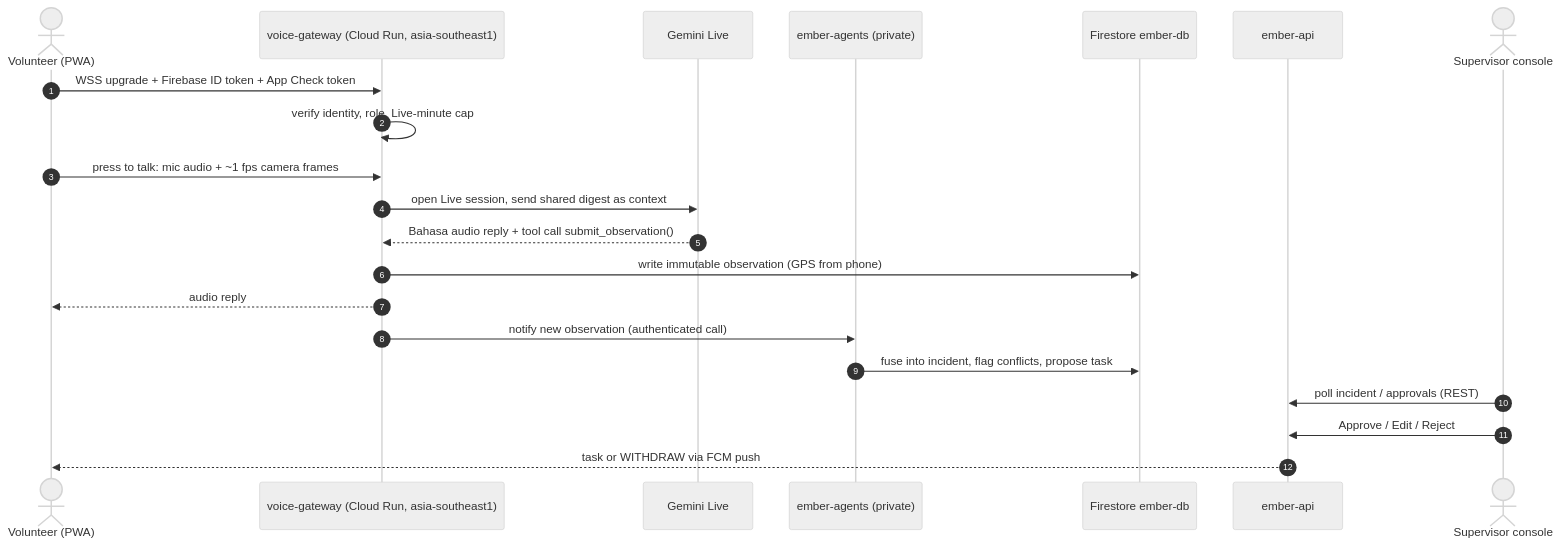
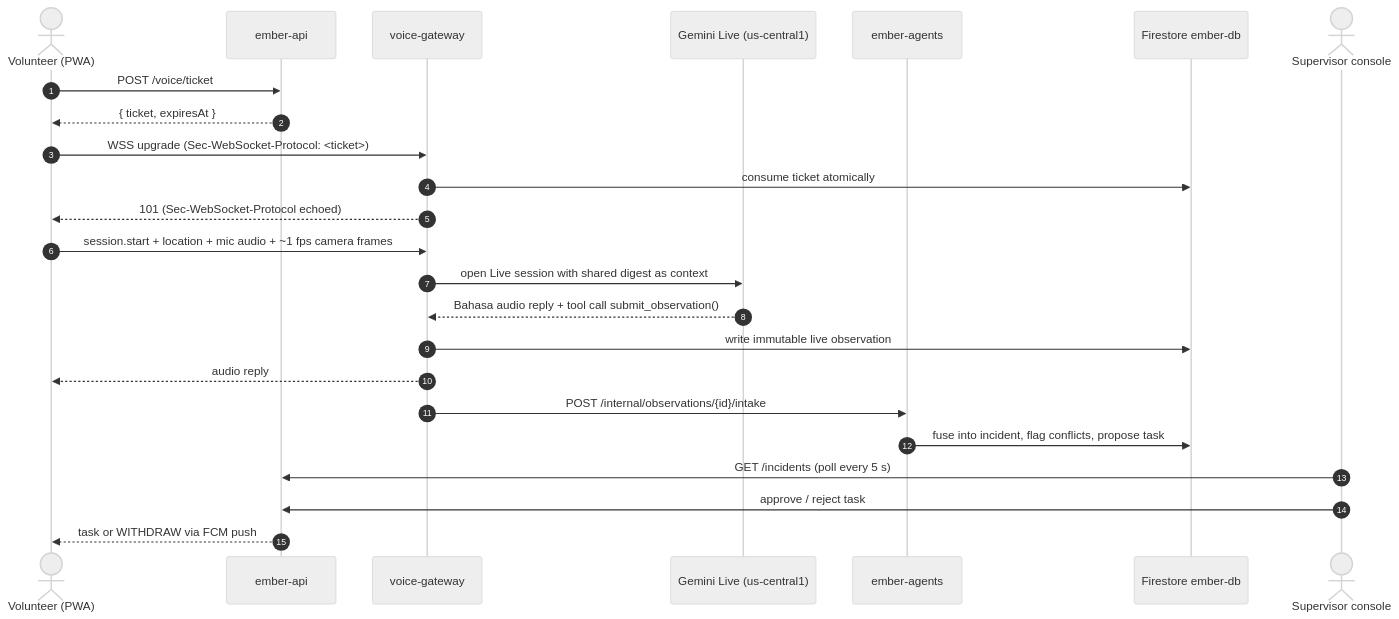
The second of 2 diagrams in README.md (suhail39ahmed/ember-fire-commander), drawn with Mermaid (neutral theme) before and after one commit. The commit also changed other lines of this file and 9 other files, not shown here.

````diff
--- a/README.md
+++ b/README.md
@@ -74,24 +169,27 @@
 ```mermaid
 sequenceDiagram
     autonumber
     actor V as Volunteer (PWA)
-    participant GW as voice-gateway (Cloud Run, asia-southeast1)
-    participant L as Gemini Live
-    participant AG as ember-agents (private)
+    participant API as ember-api
+    participant GW as voice-gateway
+    participant L as Gemini Live (us-central1)
+    participant AG as ember-agents
     participant DB as Firestore ember-db
-    participant API as ember-api
     actor S as Supervisor console
 
-    V->>GW: WSS upgrade + Firebase ID token + App Check token
-    GW->>GW: verify identity, role, Live-minute cap
-    V->>GW: press to talk: mic audio + ~1 fps camera frames
-    GW->>L: open Live session, send shared digest as context
+    V->>API: POST /voice/ticket
+    API-->>V: { ticket, expiresAt }
+    V->>GW: WSS upgrade (Sec-WebSocket-Protocol: <ticket>)
+    GW->>DB: consume ticket atomically
+    GW-->>V: 101 (Sec-WebSocket-Protocol echoed)
+    V->>GW: session.start + location + mic audio + ~1 fps camera frames
+    GW->>L: open Live session with shared digest as context
     L-->>GW: Bahasa audio reply + tool call submit_observation()
-    GW->>DB: write immutable observation (GPS from phone)
+    GW->>DB: write immutable live observation
     GW-->>V: audio reply
-    GW->>AG: notify new observation (authenticated call)
+    GW->>AG: POST /internal/observations/{id}/intake
     AG->>DB: fuse into incident, flag conflicts, propose task
-    S->>API: poll incident / approvals (REST)
-    S->>API: Approve / Edit / Reject
+    S->>API: GET /incidents (poll every 5 s)
+    S->>API: approve / reject task
     API-->>V: task or WITHDRAW via FCM push
 ```
````
